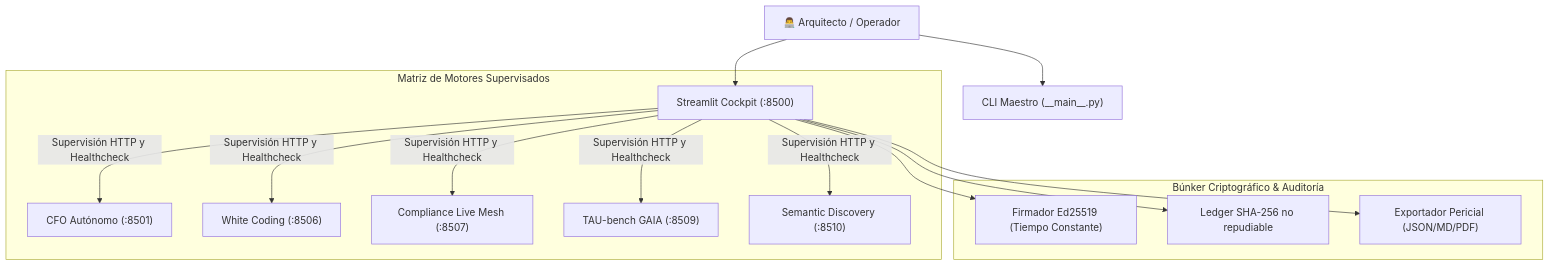
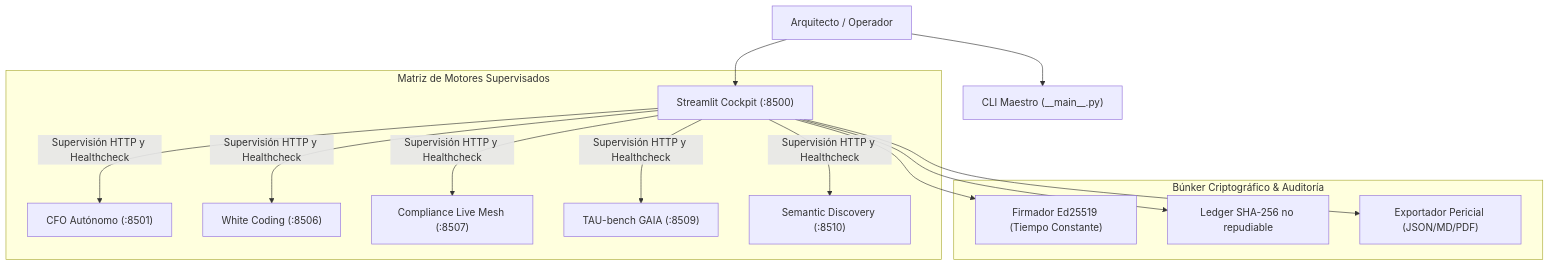
One commit to Tardigrado-76/Capgemini changed the diagram in QGRADE_OS Iwan reference/MANUAL_DE_USO.md. Above: the diagram before and after it, drawn with Mermaid. The commit also changed other lines of this file and 1 other file, not shown here.

Commit message:
docs(qgrade): QGRADE_OS Cockpit 32/32 tests and updated MANUAL_DE_USO without emojis

````diff
--- a/QGRADE_OS Iwan reference/MANUAL_DE_USO.md
+++ b/QGRADE_OS Iwan reference/MANUAL_DE_USO.md
@@ -10,19 +10,19 @@
 ```mermaid
 graph TD
-    User["👨‍💻 Arquitecto / Operador"] --> Cockpit["Streamlit Cockpit (:8500)"]
-    User --> CLI["CLI Maestro (__main__.py)"]
-    
-    subgraph EngineMatrix ["Matriz de Motores Supervisados"]
-        Cockpit -->|Supervisión HTTP y Healthcheck| C8501["CFO Autónomo (:8501)"]
-        Cockpit -->|Supervisión HTTP y Healthcheck| C8506["White Coding (:8506)"]
-        Cockpit -->|Supervisión HTTP y Healthcheck| C8507["Compliance Live Mesh (:8507)"]
-        Cockpit -->|Supervisión HTTP y Healthcheck| C8509["TAU-bench GAIA (:8509)"]
-        Cockpit -->|Supervisión HTTP y Healthcheck| C8510["Semantic Discovery (:8510)"]
-    end
+ User[" Arquitecto / Operador"] --> Cockpit["Streamlit Cockpit (:8500)"]
+ User --> CLI["CLI Maestro (__main__.py)"]
+ 
+ subgraph EngineMatrix ["Matriz de Motores Supervisados"]
+ Cockpit -->|Supervisión HTTP y Healthcheck| C8501["CFO Autónomo (:8501)"]
+ Cockpit -->|Supervisión HTTP y Healthcheck| C8506["White Coding (:8506)"]
+ Cockpit -->|Supervisión HTTP y Healthcheck| C8507["Compliance Live Mesh (:8507)"]
+ Cockpit -->|Supervisión HTTP y Healthcheck| C8509["TAU-bench GAIA (:8509)"]
+ Cockpit -->|Supervisión HTTP y Healthcheck| C8510["Semantic Discovery (:8510)"]
+ end
 
-    subgraph SecurityBunker ["Búnker Criptográfico & Auditoría"]
-        Cockpit --> Signer["Firmador Ed25519 (Tiempo Constante)"]
-        Cockpit --> Ledger["Ledger SHA-256 no repudiable"]
-        Cockpit --> Exporter["Exportador Pericial (JSON/MD/PDF)"]
-    end
+ subgraph SecurityBunker ["Búnker Criptográfico & Auditoría"]
+ Cockpit --> Signer["Firmador Ed25519 (Tiempo Constante)"]
+ Cockpit --> Ledger["Ledger SHA-256 no repudiable"]
+ Cockpit --> Exporter["Exportador Pericial (JSON/MD/PDF)"]
+ end
 ```
````
